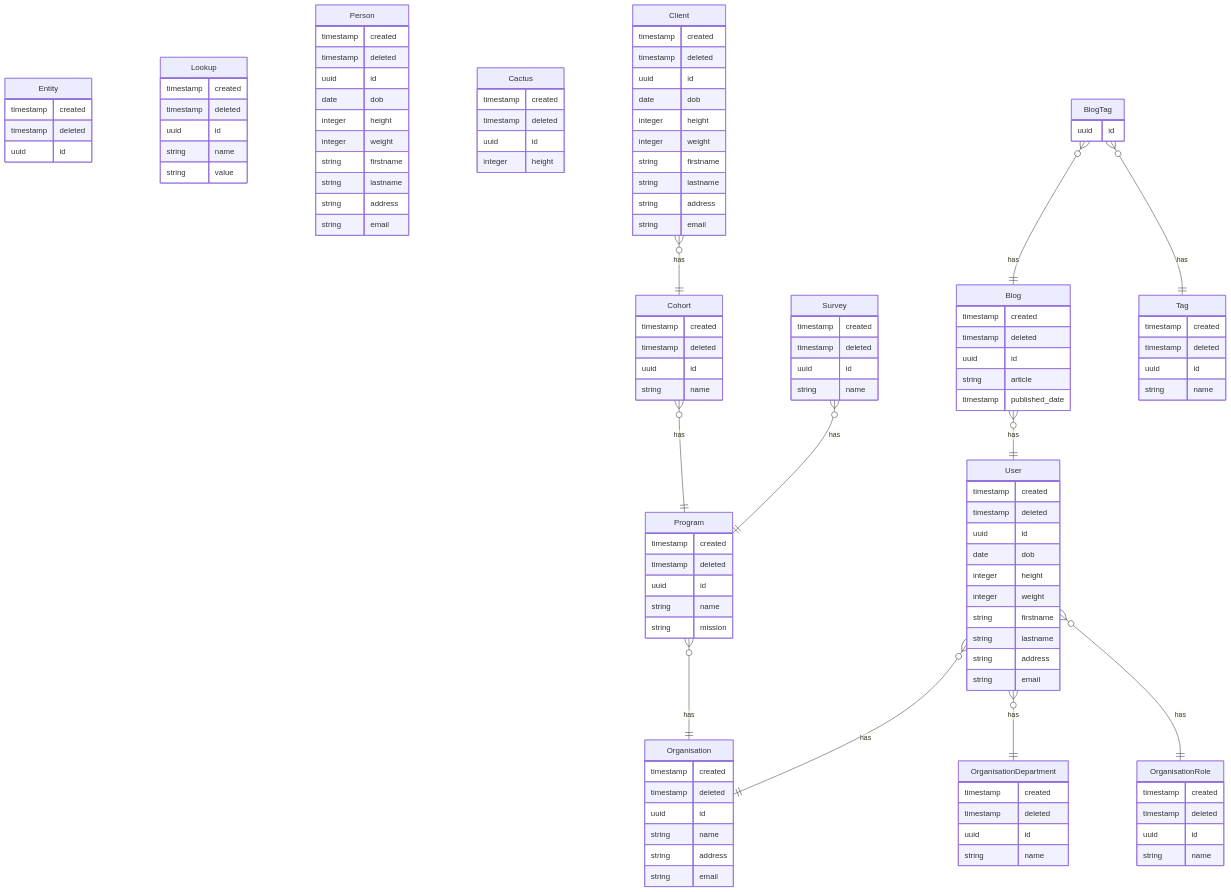
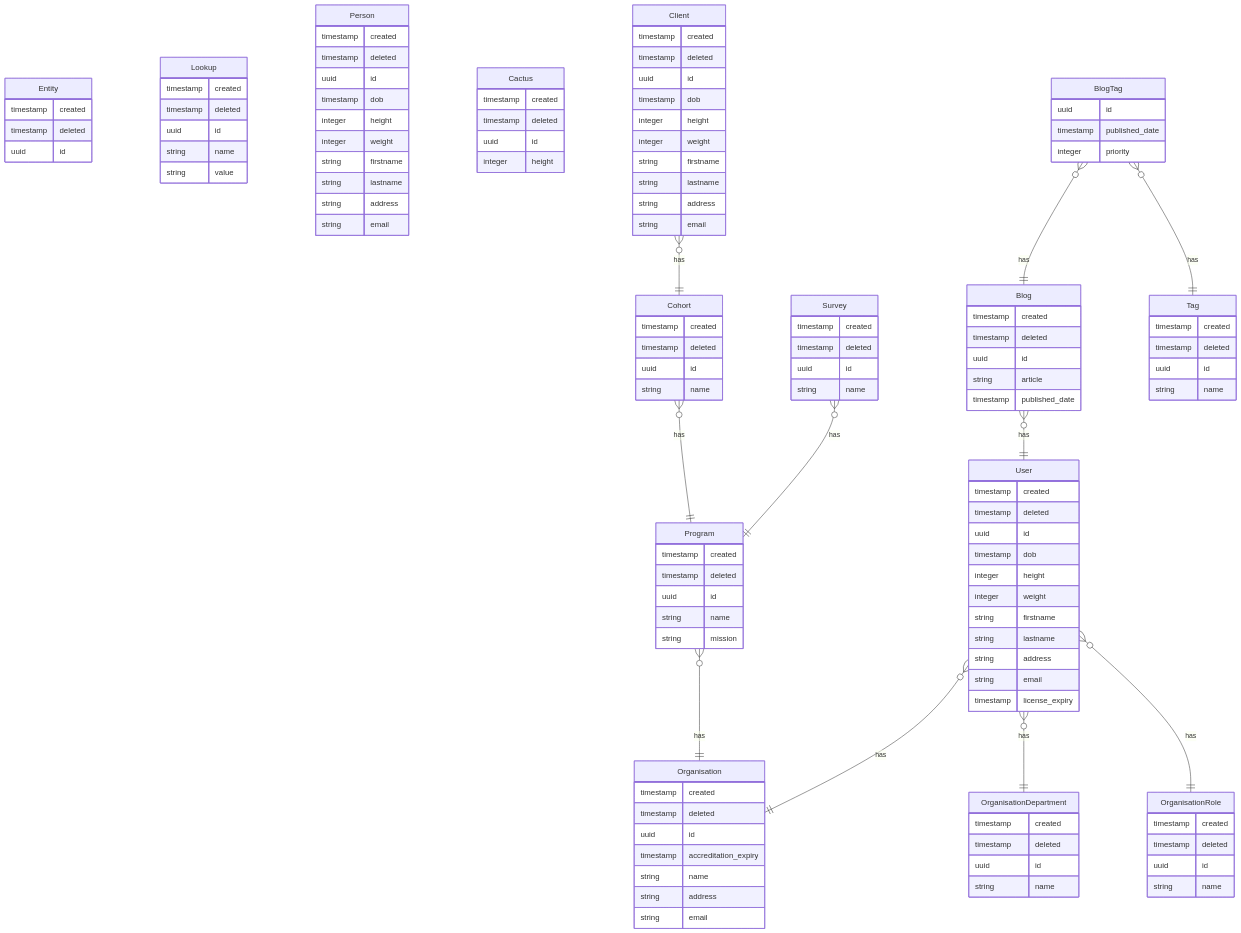
The diagram in test/unit/output.repo.md (Qiksar/crudio), drawn with Mermaid before and after one commit. The commit also changed 32 other files, not shown here.

```diff
--- a/test/unit/output.repo.md
+++ b/test/unit/output.repo.md
@@ -17,6 +17,7 @@
 timestamp created
 timestamp deleted
 uuid id
+timestamp accreditation_expiry
 string name
 string address
 string email
@@ -37,7 +38,7 @@
 timestamp created
 timestamp deleted
 uuid id
-date dob
+timestamp dob
 integer height
 integer weight
 string firstname
@@ -49,13 +50,14 @@
 timestamp created
 timestamp deleted
 uuid id
-date dob
+timestamp dob
 integer height
 integer weight
 string firstname
 string lastname
 string address
 string email
+timestamp license_expiry
 }
 User }o--|| Organisation : "has"
 User }o--|| OrganisationDepartment : "has"
@@ -92,7 +94,7 @@
 timestamp created
 timestamp deleted
 uuid id
-date dob
+timestamp dob
 integer height
 integer weight
 string firstname
@@ -117,6 +119,8 @@
 Blog }o--|| User : "has"
 BlogTag {
 uuid id
+timestamp published_date
+integer priority
 }
 BlogTag }o--|| Blog : "has"
 BlogTag }o--|| Tag : "has"
```
